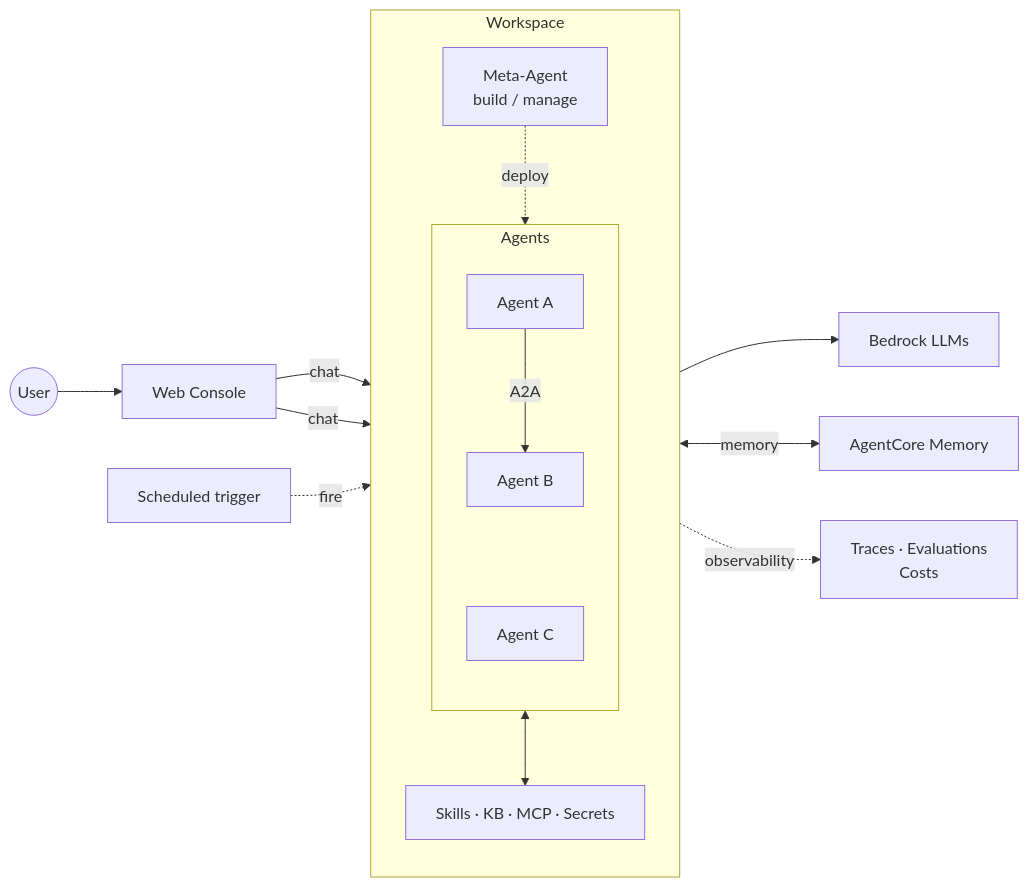
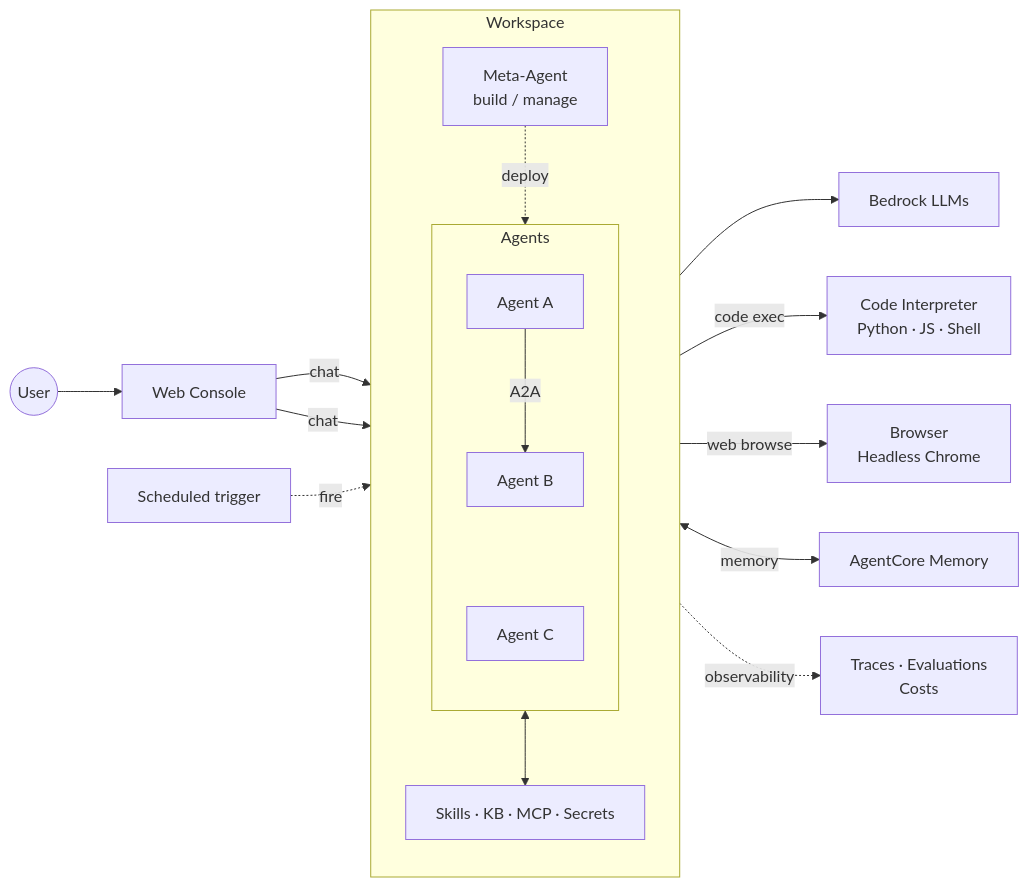
One commit to ddpie/agent-studio changed the second of 2 diagrams in README.md. Above: the diagram before and after it, drawn with Mermaid. The commit also changed other lines of this file, not shown here.

Commit message:
docs(readme): add Code Interpreter and Browser to architecture diagram
Shows AgentCore platform capabilities (Code Interpreter sandbox
supporting Python/JS/Shell, and headless Chrome browser) as explicit
nodes connected to the Agents cluster.

````diff
--- a/README.md
+++ b/README.md
@@ -213,25 +215,27 @@
 ```mermaid
 graph LR
     User((User)) --> Web[Web Console]
     Cron[Scheduled trigger]
 
     subgraph Workspace
         direction TB
         Meta[Meta-Agent<br/>build / manage]
         subgraph Agents
             direction TB
             A1[Agent A] -->|A2A| A2[Agent B]
             A2 ~~~ A3[Agent C]
         end
         Res[Skills · KB · MCP · Secrets]
     end
 
     Web -->|chat| Meta
     Web -->|chat| Agents
     Meta -.deploy.-> Agents
     Cron -.fire.-> Agents
     Agents --> LLM[Bedrock LLMs]
     Agents <--> Res
+    Agents -->|code exec| CI[Code Interpreter<br/>Python · JS · Shell]
+    Agents -->|web browse| BW[Browser<br/>Headless Chrome]
     Agents <-->|memory| Mem[AgentCore Memory]
     Agents -.observability.-> Obs[Traces · Evaluations<br/>Costs]
 ```
````
